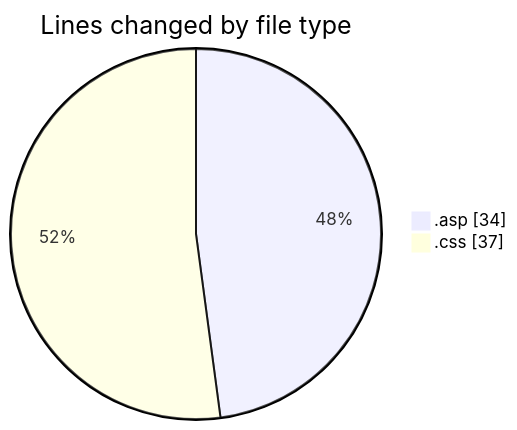
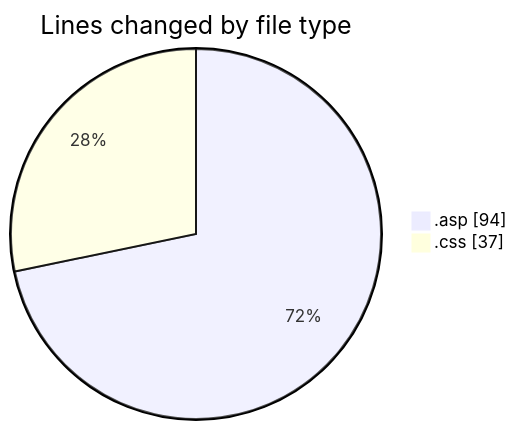
Before and after one commit to julien-gomy/code-tracking: the first of 2 diagrams in 2025-11-02/cdp_aleoudev_fr__workspace_/README.md, drawn with Mermaid. The commit also changed other lines of this file and 1 other file, not shown here.

````diff
--- a/2025-11-02/cdp_aleoudev_fr__workspace_/README.md
+++ b/2025-11-02/cdp_aleoudev_fr__workspace_/README.md
@@ -23,6 +23,6 @@
 ```mermaid
 pie showData
 title Lines changed by file type
-".asp" : 34
+".asp" : 94
 ".css" : 37
 ```
````
